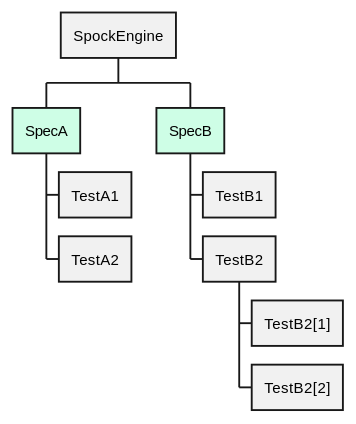
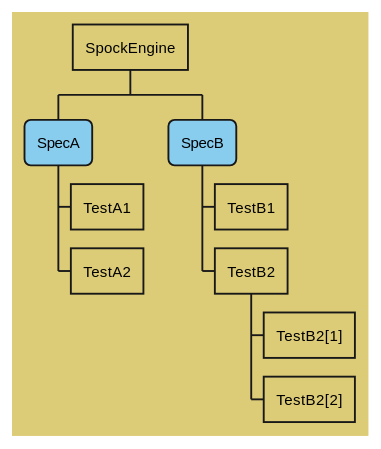
One commit to spockframework/spock changed the second of 7 diagrams in docs/parallel_execution.adoc. Above: the diagram before and after it, drawn with PlantUML. The commit also changed other lines of this file, not shown here.

```diff
--- a/docs/parallel_execution.adoc
+++ b/docs/parallel_execution.adoc
@@ -109,31 +114,26 @@
 [plantuml,images/execution-hierarchy-concurrent-sequential-execution,svg]
 ....
-
 @startwbs
 <style>
 wbsDiagram {
+  BackgroundColor #DDCC77
   node {
     :depth(1) {
-      BackgroundColor #CEFEE6
+      BackgroundColor #88CCEE
+      RoundCorner 10
     }
   }
-
- .mexicoStyle * {
-     BackgroundColor Red
-     FontColor White
-     RoundCorner 10
- }
 }
 </style>
 skinparam shadowing false
 * SpockEngine
 ** SpecA
 *** TestA1
 *** TestA2
 ** SpecB
 *** TestB1
 *** TestB2
 **** TestB2[1]
 **** TestB2[2]
 @endwbs
 ....
```
